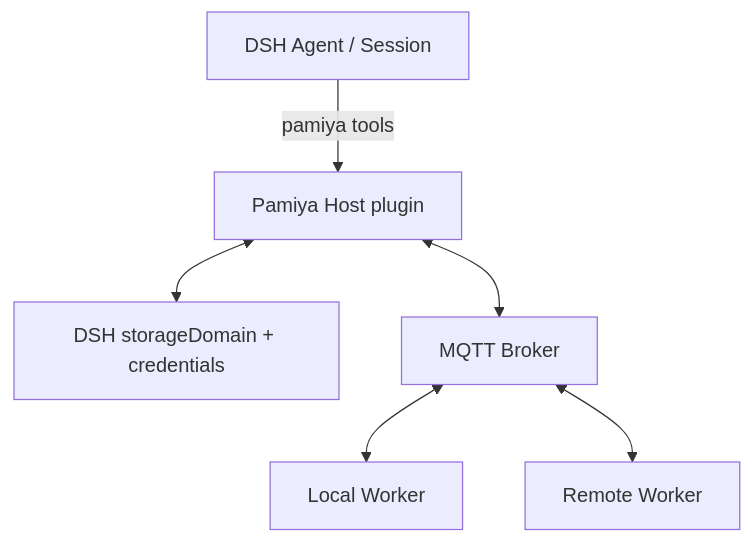
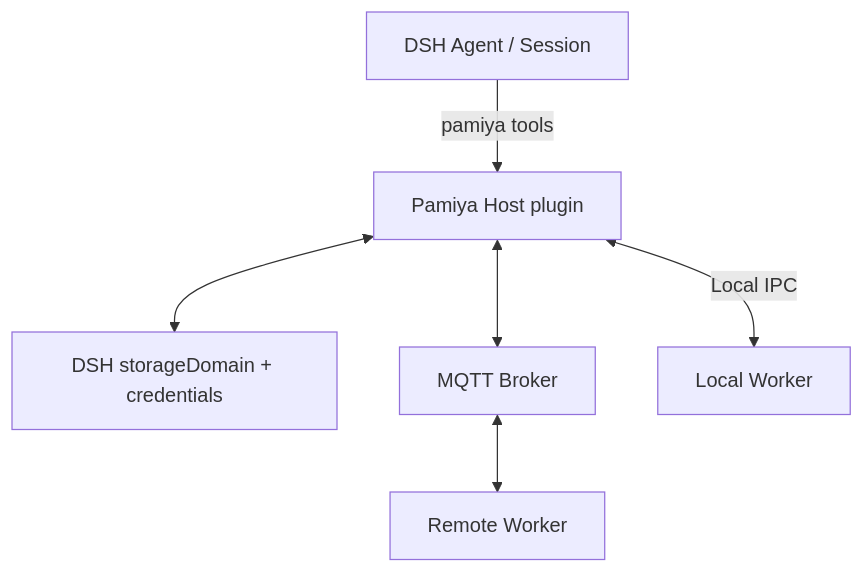
The diagram in docs/en/dsh-plugin.md (UllrAI/pamiya), drawn with Mermaid before and after one commit. The commit also changed other lines of this file and 35 other files, not shown here.

````diff
--- a/docs/en/dsh-plugin.md
+++ b/docs/en/dsh-plugin.md
@@ -11,8 +11,8 @@
 ```mermaid
 flowchart TB
   Agent[DSH Agent / Session] -->|pamiya tools| Host[Pamiya Host plugin]
   Host <--> State[DSH storageDomain + credentials]
   Host <--> Broker[MQTT Broker]
-  Broker <--> Local[Local Worker]
+  Host <-->|Local IPC| Local[Local Worker]
   Broker <--> Remote[Remote Worker]
 ```
````
